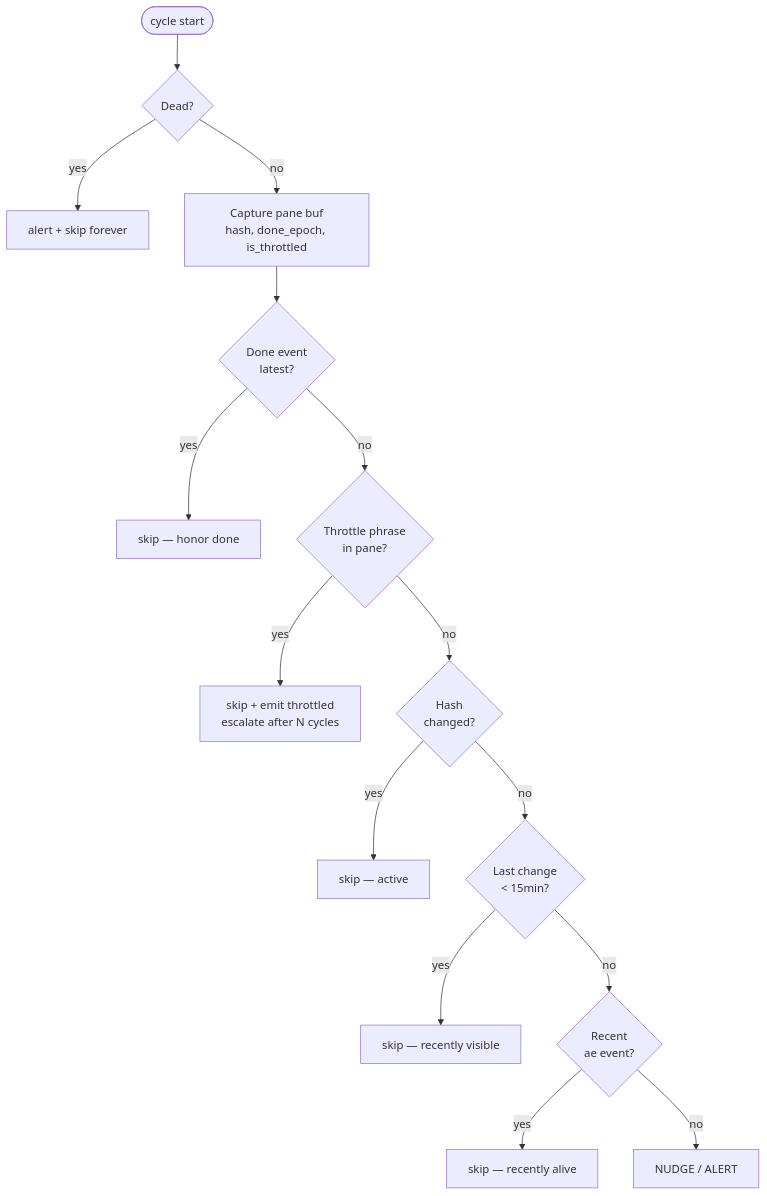
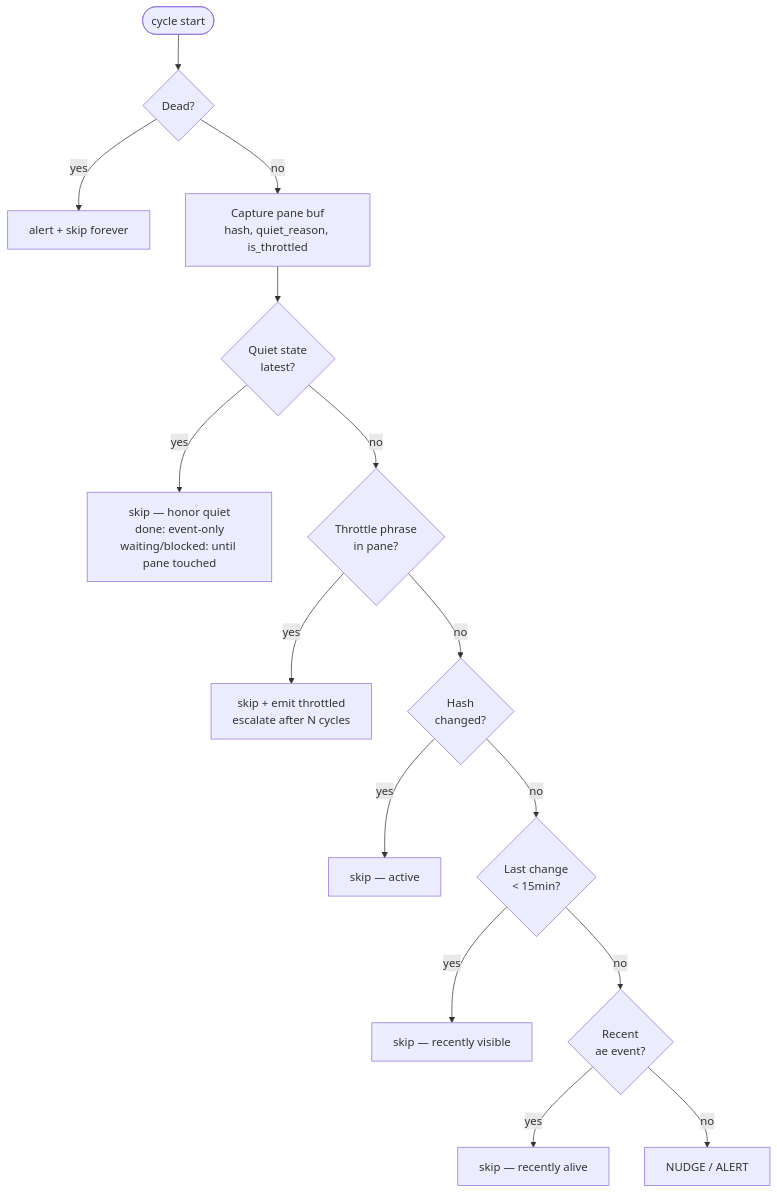
Before and after one commit to clemens33/ae: the first of 2 diagrams in docs/internals/loop.md, drawn with Mermaid. The commit also changed other lines of this file and 4 other files, not shown here.

````diff
--- a/docs/internals/loop.md
+++ b/docs/internals/loop.md
@@ -29,17 +29,17 @@
 ```mermaid
 flowchart TD
     Start([cycle start]) --> Dead{Dead?}
     Dead -- yes --> AlertDead[alert + skip forever]
-    Dead -- no --> PreCheck[Capture pane buf<br/>hash, done_epoch, is_throttled]
-    PreCheck --> Done{Done event<br/>latest?}
-    Done -- yes --> SkipDone[skip — honor done]
+    Dead -- no --> PreCheck[Capture pane buf<br/>hash, quiet_reason, is_throttled]
+    PreCheck --> Done{Quiet state<br/>latest?}
+    Done -- yes --> SkipDone[skip — honor quiet<br/>done: event-only<br/>waiting/blocked: until pane touched]
     Done -- no --> Throttled{Throttle phrase<br/>in pane?}
     Throttled -- yes --> SkipThrottle[skip + emit throttled<br/>escalate after N cycles]
     Throttled -- no --> Active{Hash<br/>changed?}
     Active -- yes --> MarkActive[skip — active]
     Active -- no --> RecentVis{Last change<br/>&lt; 15min?}
     RecentVis -- yes --> SkipVis[skip — recently visible]
     RecentVis -- no --> RecentAlive{Recent<br/>ae event?}
     RecentAlive -- yes --> SkipAlive[skip — recently alive]
     RecentAlive -- no --> Stale[NUDGE / ALERT]
 ```
````
